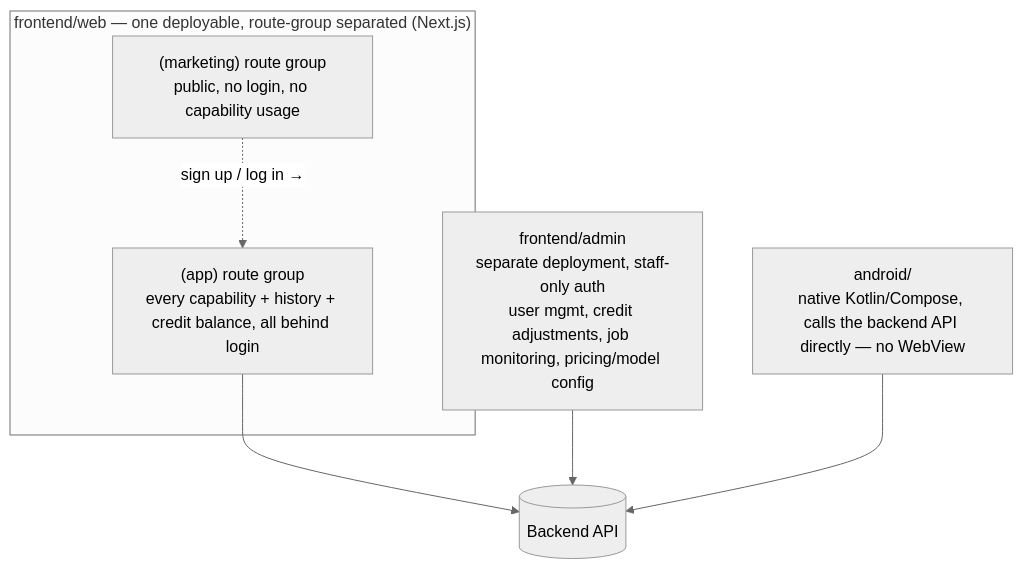
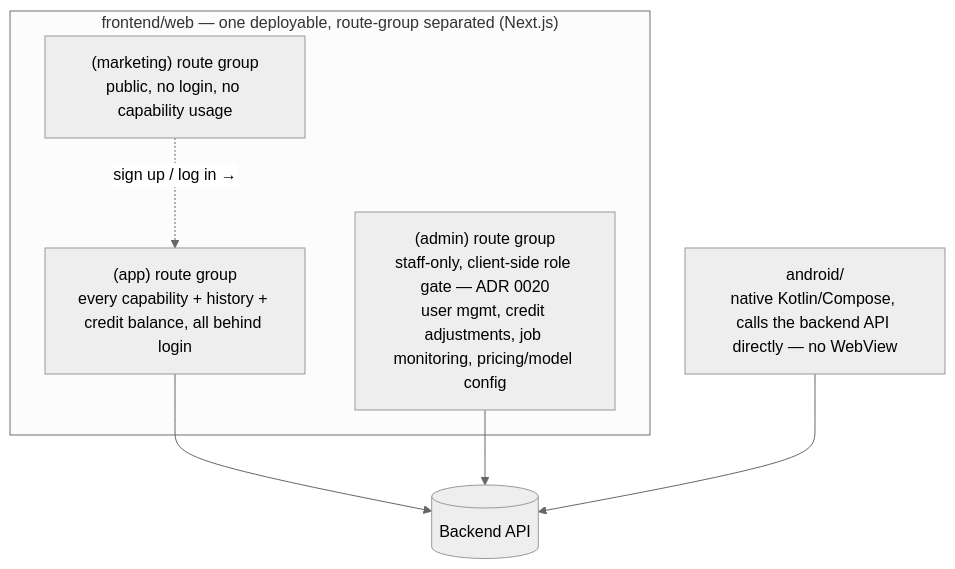
Before and after one commit to bensting/voicica-ai-v2: the diagram in docs/product-scope.md, drawn with Mermaid (neutral theme). The commit also changed other lines of this file and 17 other files, not shown here.

````diff
--- a/docs/product-scope.md
+++ b/docs/product-scope.md
@@ -62,15 +62,15 @@
 ```mermaid
 graph TD
     subgraph web ["frontend/web — one deployable, route-group separated (Next.js)"]
         Public["(marketing) route group<br/>public, no login, no capability usage"]
         App["(app) route group<br/>every capability + history + credit balance, all behind login"]
+        Admin["(admin) route group<br/>staff-only, client-side role gate — ADR 0020<br/>user mgmt, credit adjustments, job monitoring, pricing/model config"]
     end
-    Admin["frontend/admin<br/>separate deployment, staff-only auth<br/>user mgmt, credit adjustments, job monitoring, pricing/model config"]
     Android["android/<br/>native Kotlin/Compose, calls the backend API directly — no WebView"]
     API[("Backend API")]
 
     Public -.->|"sign up / log in →"| App
     App --> API
     Admin --> API
     Android --> API
 ```
````
